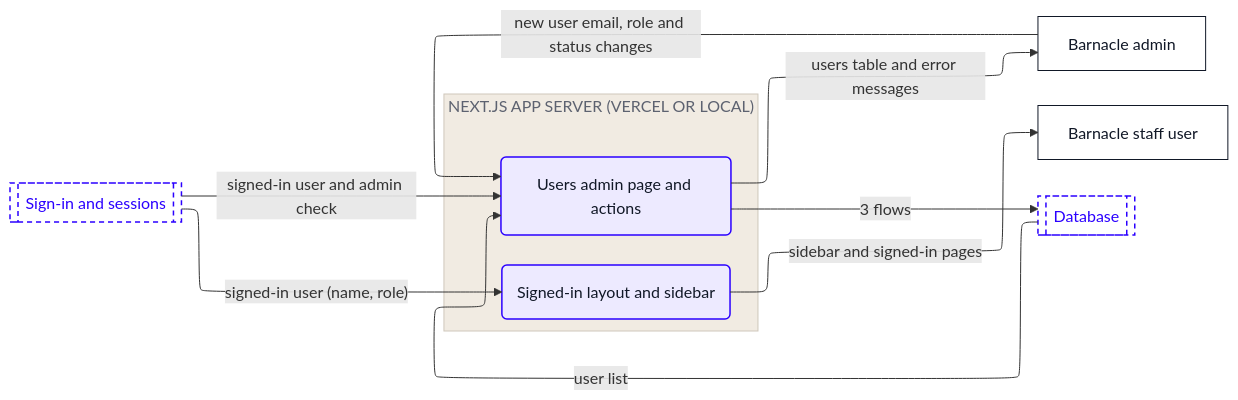
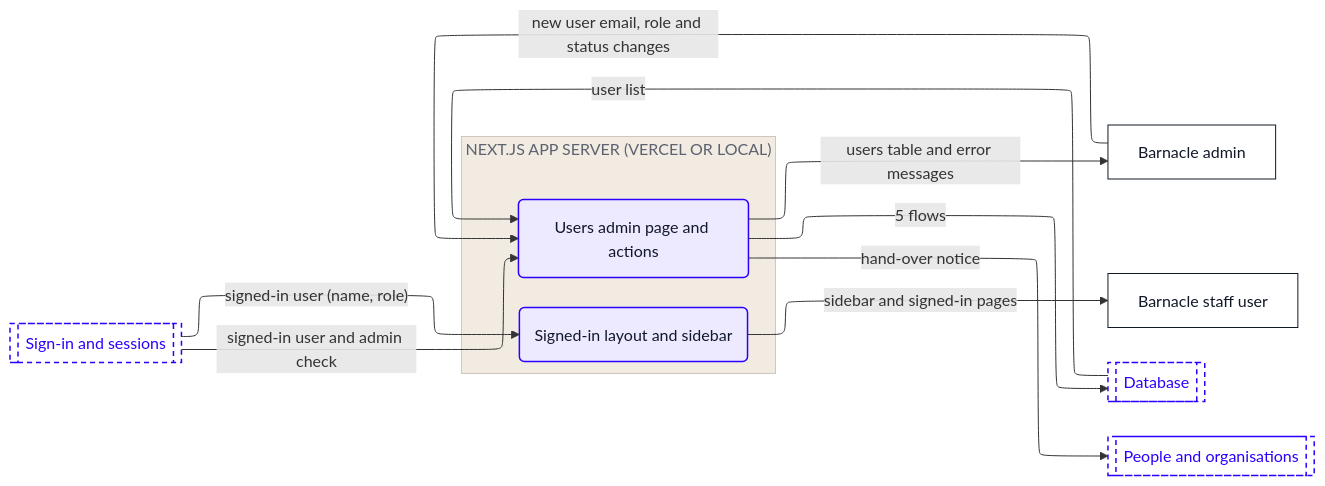
Before and after one commit to Romain-Perche/Barnacle-Pipe: the eighth of 8 diagrams in dataflow/DATAFLOW.md, drawn with Mermaid. The commit also changed other lines of this file and 9 other files, not shown here.

````diff
--- a/dataflow/DATAFLOW.md
+++ b/dataflow/DATAFLOW.md
@@ -371,32 +376,34 @@
 ```mermaid
 ---
 config:
   layout: elk
 ---
 flowchart LR
     n1["Barnacle admin"]
     n2["Barnacle staff user"]
     subgraph z1["NEXT.JS APP SERVER (VERCEL OR LOCAL)"]
         n3("Signed-in layout and sidebar")
         n4("Users admin page and actions")
     end
     n5[["Database"]]
-    n6[["Sign-in and sessions"]]
+    n6[["People and organisations"]]
+    n7[["Sign-in and sessions"]]
     n1 -->|"new user email, role and status changes"| n4
     n3 -->|"sidebar and signed-in pages"| n2
-    n6 -->|"signed-in user (name, role)"| n3
-    n6 -->|"signed-in user and admin check"| n4
+    n7 -->|"signed-in user (name, role)"| n3
+    n7 -->|"signed-in user and admin check"| n4
     n4 -->|"users table and error messages"| n1
-    n4 -->|"3 flows"| n5
+    n4 -->|"5 flows"| n5
+    n4 -->|"hand-over notice"| n6
     n5 -->|"user list"| n4
     classDef actor fill:#FFFFFF,stroke:#111827,stroke-width:1px,color:#111827
     classDef process fill:#EDEAFF,stroke:#2B00FF,stroke-width:1.5px,color:#111827
     classDef store fill:#FAF6F1,stroke:#111827,stroke-width:1.5px,color:#111827
     classDef zone fill:#1A1A1A,stroke:#1A1A1A,color:#FFFFFF
     classDef group fill:#2B00FF,stroke:#2B00FF,color:#FFFFFF
     classDef stub fill:#FFFFFF,stroke:#2B00FF,stroke-width:1.5px,stroke-dasharray:5 4,color:#2B00FF
     class n1,n2 actor
     class n3,n4 process
-    class n5,n6 stub
+    class n5,n6,n7 stub
     style z1 fill:#F1EBE2,stroke:#CFC7BB,color:#5D6270
 ```
````
